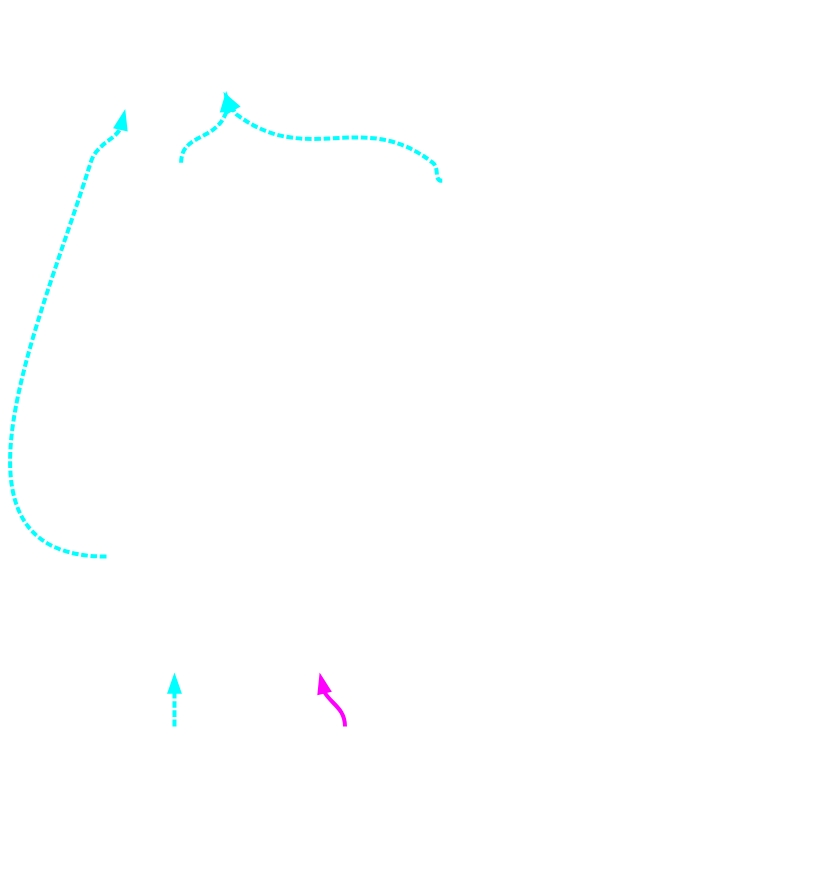
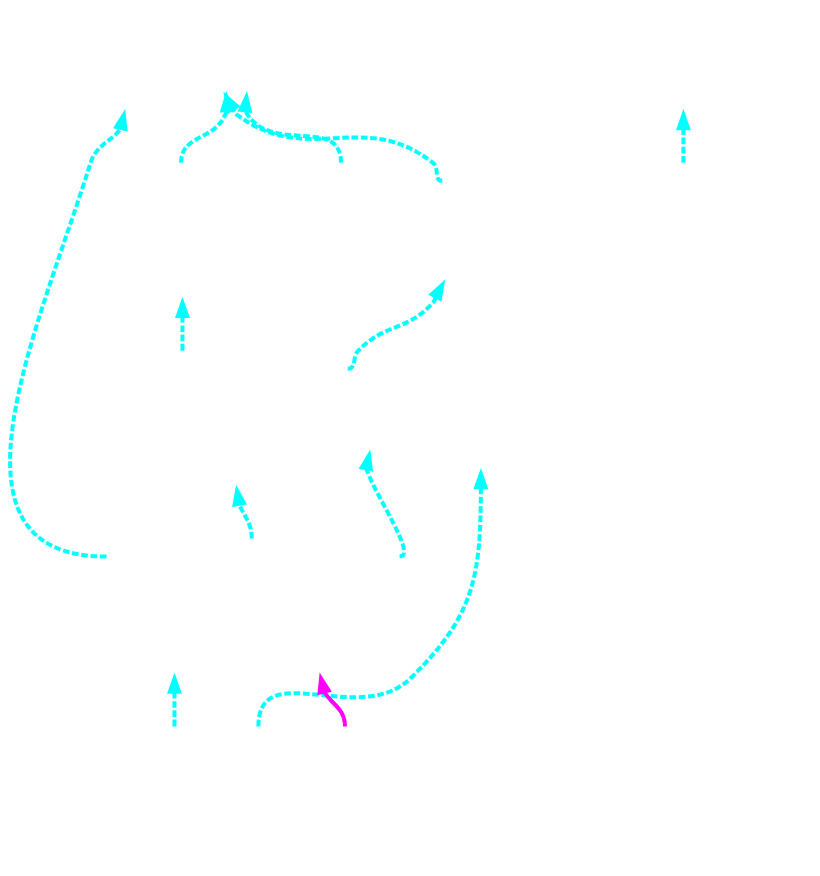
The diagram in docs/Codeplay/examples/ex1b-pre-isel-simple.dot (frasercrmck/llvm-leg), drawn with Graphviz before and after one commit. The commit also changed 1 other file, not shown here.

```diff
--- a/docs/Codeplay/examples/ex1b-pre-isel-simple.dot
+++ b/docs/Codeplay/examples/ex1b-pre-isel-simple.dot
@@ -1,26 +1,26 @@
 digraph "isel input for foo:" {
 	rankdir="BT";
 	bgcolor="transparent";
 
 	Node0x36a34b0 [shape=record,shape=Mrecord,label="{EntryToken [ID=0]|0x36a34b0|{<d0>ch}}", penwidth=3,color="white",fontname="Calibri",fontsize=16,fontcolor="white"];
 	Node0x36c8cd0 [shape=record,shape=Mrecord,label="{Register %vreg0 [ID=1]|0x36c8cd0|{<d0>i32}}", penwidth=3,color="white",fontname="Calibri",fontsize=16,fontcolor="white"];
 	Node0x36c8ee0 [shape=record,shape=Mrecord,label="{Register %vreg1 [ID=2]|0x36c8ee0|{<d0>i32}}", penwidth=3,color="white",fontname="Calibri",fontsize=16,fontcolor="white"];
 	Node0x36c91f8 [shape=record,shape=Mrecord,label="{Register %R0 [ID=3]|0x36c91f8|{<d0>i32}}", penwidth=3,color="white",fontname="Calibri",fontsize=16,fontcolor="white"];
 	Node0x36c8dd8 [shape=record,shape=Mrecord,label="{{<s0>0|<s1>1}|CopyFromReg [ORD=1] [ID=4]|0x36c8dd8|{<d0>i32|<d1>ch}}", penwidth=3,color="white",fontname="Calibri",fontsize=16,fontcolor="white"];
 	Node0x36c8dd8:s0 -> Node0x36a34b0:d0[style=dashed, penwidth=3,color="cyan",fontname="Calibri",fontsize=16,fontcolor="white"];
-	Node0x36c8dd8:s1 -> Node0x36c8cd0:d0[style=dashed, penwidth=3,color="white",fontname="Calibri",fontsize=16,fontcolor="white"];
+	Node0x36c8dd8:s1 -> Node0x36c8cd0:d0[style=dashed, penwidth=3,color="cyan",fontname="Calibri",fontsize=16,fontcolor="white"];
 	Node0x36c8fe8 [shape=record,shape=Mrecord,label="{{<s0>0|<s1>1}|CopyFromReg [ORD=1] [ID=5]|0x36c8fe8|{<d0>i32|<d1>ch}}", penwidth=3,color="white",fontname="Calibri",fontsize=16,fontcolor="white"];
 	Node0x36c8fe8:s0 -> Node0x36a34b0:d0[style=dashed, penwidth=3,color="cyan",fontname="Calibri",fontsize=16,fontcolor="white"];
-	Node0x36c8fe8:s1 -> Node0x36c8ee0:d0[style=dashed, penwidth=3,color="white",fontname="Calibri",fontsize=16,fontcolor="white"];
+	Node0x36c8fe8:s1 -> Node0x36c8ee0:d0[style=dashed, penwidth=3,color="cyan",fontname="Calibri",fontsize=16,fontcolor="white"];
 	Node0x36c90f0 [shape=record,shape=Mrecord,label="{{<s0>0|<s1>1}|add [ORD=2] [ID=6]|0x36c90f0|{<d0>i32}}", penwidth=3,color="white",fontname="Calibri",fontsize=16,fontcolor="white"];
-	Node0x36c90f0:s0 -> Node0x36c8dd8:d0[style=dashed, penwidth=3,color="white",fontname="Calibri",fontsize=16,fontcolor="white"];
-	Node0x36c90f0:s1 -> Node0x36c8fe8:d0[style=dashed, penwidth=3,color="white",fontname="Calibri",fontsize=16,fontcolor="white"];
+	Node0x36c90f0:s0 -> Node0x36c8dd8:d0[style=dashed, penwidth=3,color="cyan",fontname="Calibri",fontsize=16,fontcolor="white"];
+	Node0x36c90f0:s1 -> Node0x36c8fe8:d0[style=dashed, penwidth=3,color="cyan",fontname="Calibri",fontsize=16,fontcolor="white"];
 	Node0x36c9300 [shape=record,shape=Mrecord,label="{{<s0>0|<s1>2|<s2>1}|CopyToReg [ORD=3] [ID=7]|0x36c9300|{<d0>ch|<d1>glue}}", penwidth=3,color="white",fontname="Calibri",fontsize=16,fontcolor="white"];
 	Node0x36c9300:s0 -> Node0x36a34b0:d0[style=dashed, penwidth=3,color="cyan",fontname="Calibri",fontsize=16,fontcolor="white"];
-	Node0x36c9300:s2 -> Node0x36c91f8:d0[style=dashed, penwidth=3,color="white",fontname="Calibri",fontsize=16,fontcolor="white"];
-	Node0x36c9300:s1 -> Node0x36c90f0:d0[style=dashed, penwidth=3,color="white",fontname="Calibri",fontsize=16,fontcolor="white"];
+	Node0x36c9300:s2 -> Node0x36c91f8:d0[style=dashed, penwidth=3,color="cyan",fontname="Calibri",fontsize=16,fontcolor="white"];
+	Node0x36c9300:s1 -> Node0x36c90f0:d0[style=dashed, penwidth=3,color="cyan",fontname="Calibri",fontsize=16,fontcolor="white"];
 	Node0x36c9408 [shape=record,shape=Mrecord,label="{{<s0>0|<s1>1|<s2>2}|RetFlag [ORD=3] [ID=8]|0x36c9408|{<d0>ch}}", penwidth=3,color="white",fontname="Calibri",fontsize=16,fontcolor="white"];
 	Node0x36c9408:s0 -> Node0x36c9300:d0[style=dashed, penwidth=3,color="cyan",fontname="Calibri",fontsize=16,fontcolor="white"];
-	Node0x36c9408:s1 -> Node0x36c91f8:d0[style=dashed, penwidth=3,color="white",fontname="Calibri",fontsize=16,fontcolor="white"];
+	Node0x36c9408:s1 -> Node0x36c91f8:d0[style=dashed, penwidth=3,color="cyan",fontname="Calibri",fontsize=16,fontcolor="white"];
 	Node0x36c9408:s2 -> Node0x36c9300:d1[style=bold, penwidth=3,color="magenta",fontname="Calibri",fontsize=16,fontcolor="white"];
 }
```
